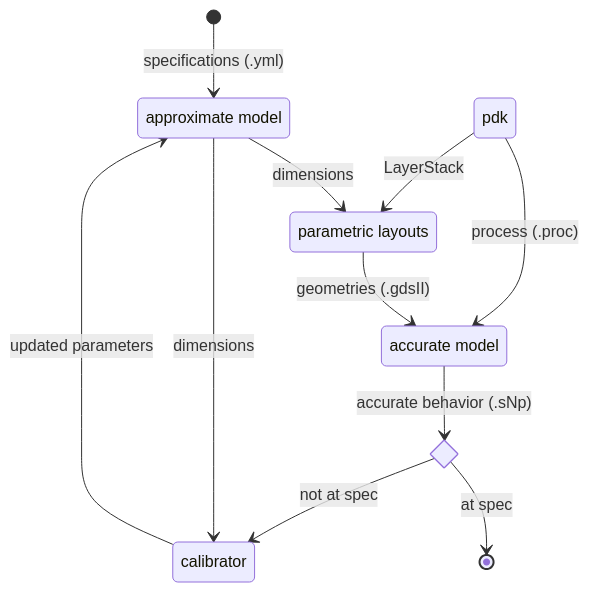
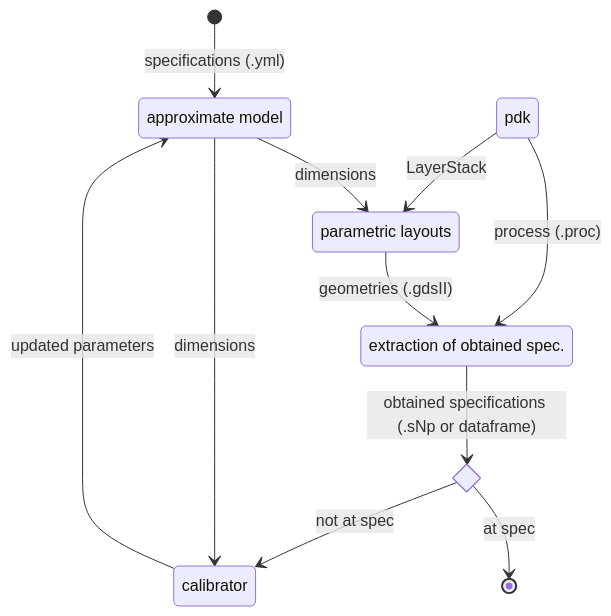
The diagram in docs/README.md (Patarimi/hades), drawn with Mermaid before and after one commit.

Commit message:
change the README.md to match package structure

````diff
--- a/docs/README.md
+++ b/docs/README.md
@@ -20,18 +20,18 @@
 ```mermaid
 stateDiagram
     [*] --> app: specifications (.yml)
     app: approximate model
     pl: parametric layouts
     app --> pl: dimensions
-    sim: accurate model
+    sim: extraction of obtained spec.
     pl --> sim: geometries (.gdsII)
     pdk --> sim: process (.proc)
     pdk --> pl: LayerStack
     cal: calibrator
     state atSpec <<choice>>
-    sim --> atSpec: accurate behavior (.sNp)
+    sim --> atSpec: obtained specifications (.sNp or dataframe)
     atSpec --> [*]: at spec
     atSpec --> cal: not at spec
     app --> cal: dimensions
     cal --> app: updated parameters
 ```
````
